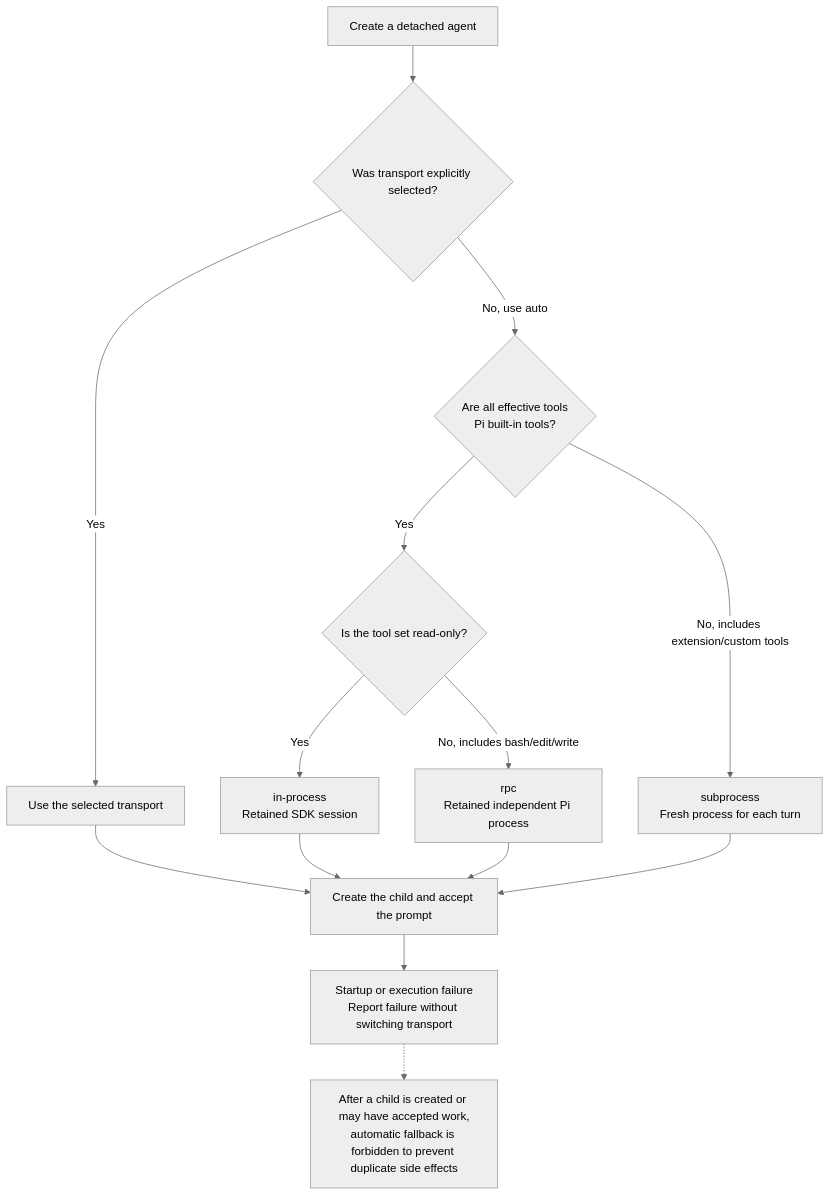
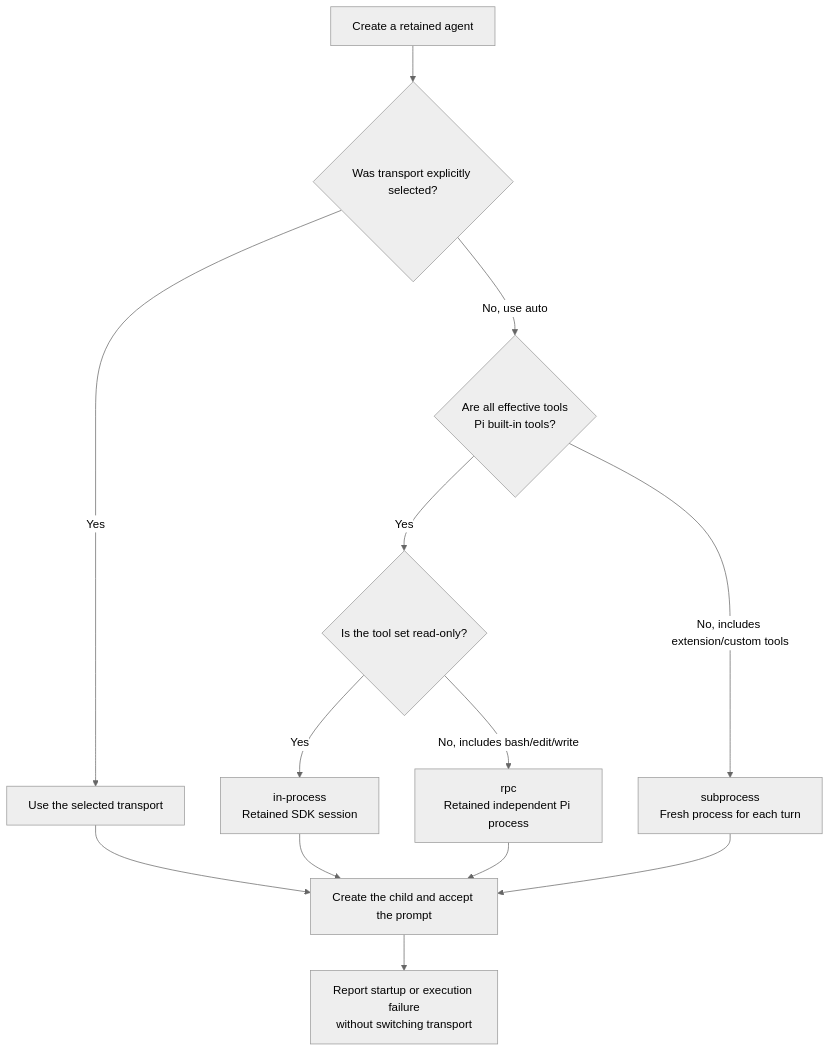
The third of 3 diagrams in packages/pi-subagents/docs/pi-subagents-diagrams.md (Ptilopsi4/pi-extensions), drawn with Mermaid (neutral theme) before and after one commit. The commit also changed other lines of this file and 118 other files, not shown here.

````diff
--- a/packages/pi-subagents/docs/pi-subagents-diagrams.md
+++ b/packages/pi-subagents/docs/pi-subagents-diagrams.md
@@ -102,31 +109,26 @@
 ```mermaid
 flowchart TD
-    Start["Create a detached agent"]
+    Start["Create a retained agent"]
     Explicit{"Was transport explicitly selected?"}
     UseExplicit["Use the selected transport"]
     BuiltIn{"Are all effective tools<br/>Pi built-in tools?"}
     ReadOnly{"Is the tool set read-only?"}
     InProcess["in-process<br/>Retained SDK session"]
     RPC["rpc<br/>Retained independent Pi process"]
     Subprocess["subprocess<br/>Fresh process for each turn"]
     Run["Create the child and accept the prompt"]
-    Failure["Startup or execution failure<br/>Report failure without switching transport"]
-    Note["After a child is created or may have accepted work,<br/>automatic fallback is forbidden to prevent duplicate side effects"]
+    Failure["Report startup or execution failure<br/>without switching transport"]
 
     Start --> Explicit
     Explicit -- "Yes" --> UseExplicit
     Explicit -- "No, use auto" --> BuiltIn
-
     BuiltIn -- "No, includes extension/custom tools" --> Subprocess
     BuiltIn -- "Yes" --> ReadOnly
-
     ReadOnly -- "Yes" --> InProcess
     ReadOnly -- "No, includes bash/edit/write" --> RPC
-
     UseExplicit --> Run
     InProcess --> Run
     RPC --> Run
     Subprocess --> Run
     Run --> Failure
-    Failure -.-> Note
 ```
````
